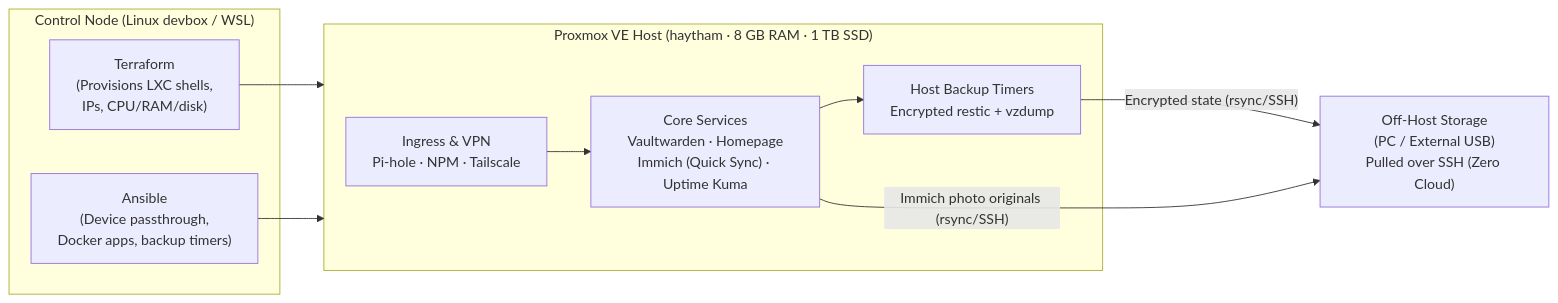
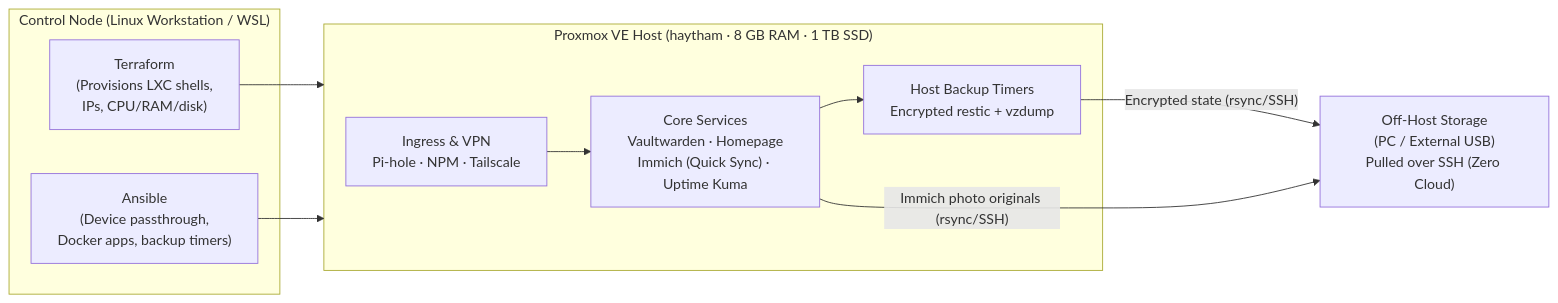
One commit to farhanhl-ds/haytham-homelab changed the diagram in README.md. Above: the diagram before and after it, drawn with Mermaid. The commit also changed 3 other files, not shown here.

Commit message:
docs: clarify and generalize devbox control-node references

````diff
--- a/README.md
+++ b/README.md
@@ -38,22 +38,22 @@
 ```mermaid
 flowchart LR
-    subgraph Control["Control Node (Linux devbox / WSL)"]
+    subgraph Control["Control Node (Linux Workstation / WSL)"]
         TF["Terraform\n(Provisions LXC shells,\nIPs, CPU/RAM/disk)"]
         ANS["Ansible\n(Device passthrough,\nDocker apps, backup timers)"]
     end
 
     subgraph PVE["Proxmox VE Host (haytham · 8 GB RAM · 1 TB SSD)"]
         NET["Ingress & VPN\nPi-hole · NPM · Tailscale"]
         APPS["Core Services\nVaultwarden · Homepage\nImmich (Quick Sync) · Uptime Kuma"]
         BKP["Host Backup Timers\nEncrypted restic + vzdump"]
     end
 
     OFFHOST["Off-Host Storage\n(PC / External USB)\nPulled over SSH (Zero Cloud)"]
 
     TF --> PVE
     ANS --> PVE
     NET --> APPS
     APPS --> BKP
     BKP -->|"Encrypted state (rsync/SSH)"| OFFHOST
     APPS -->|"Immich photo originals (rsync/SSH)"| OFFHOST
 ```
````
